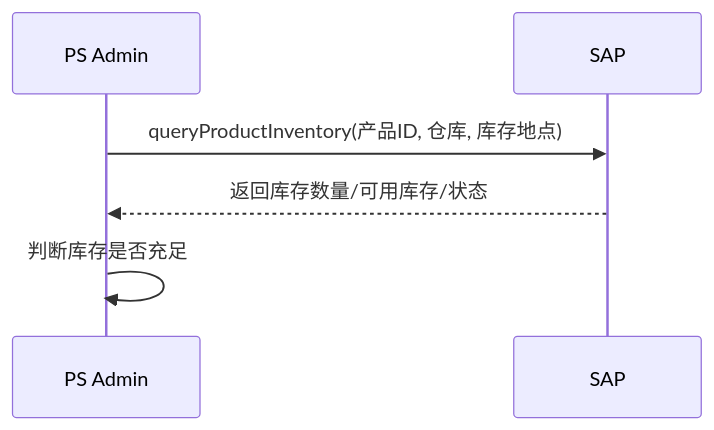
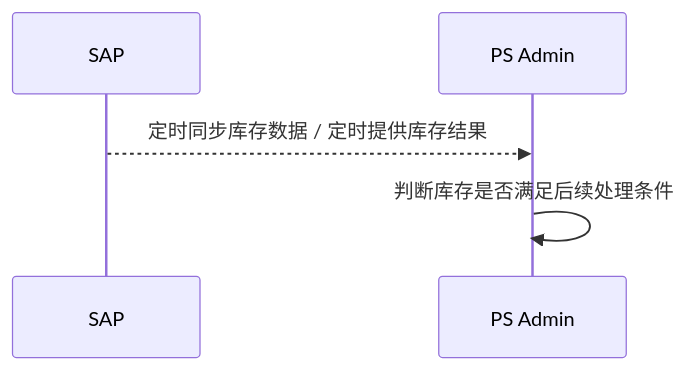
One commit to guguohai/gmps changed diagram 14 of 43 in 文档/GM系统需求说明.md. Above: the diagram before and after it, drawn with Mermaid. The commit also changed other lines of this file and 31 other files, not shown here.

````diff
--- a/文档/GM系统需求说明.md
+++ b/文档/GM系统需求说明.md
@@ -762,9 +767,8 @@
 ```mermaid
 sequenceDiagram
+    participant SAP as SAP
     participant PS as PS Admin
-    participant SAP as SAP
 
-    PS->>SAP: queryProductInventory(产品ID, 仓库, 库存地点)
-    SAP-->>PS: 返回库存数量/可用库存/状态
-    PS->>PS: 判断库存是否充足
+    SAP-->>PS: 定时同步库存数据 / 定时提供库存结果
+    PS->>PS: 判断库存是否满足后续处理条件
 ```
````
